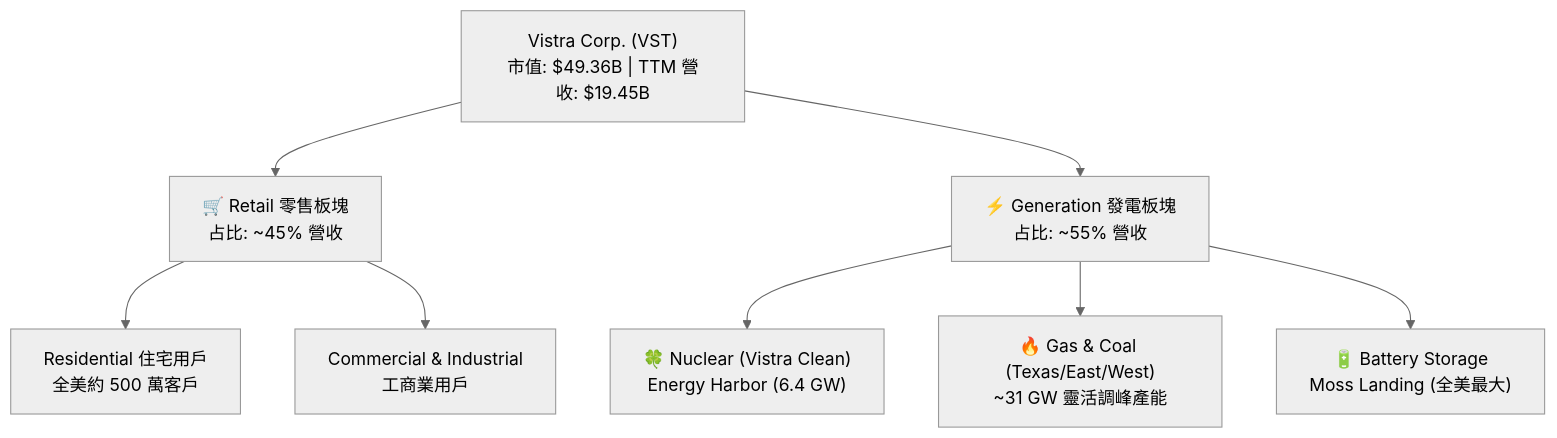
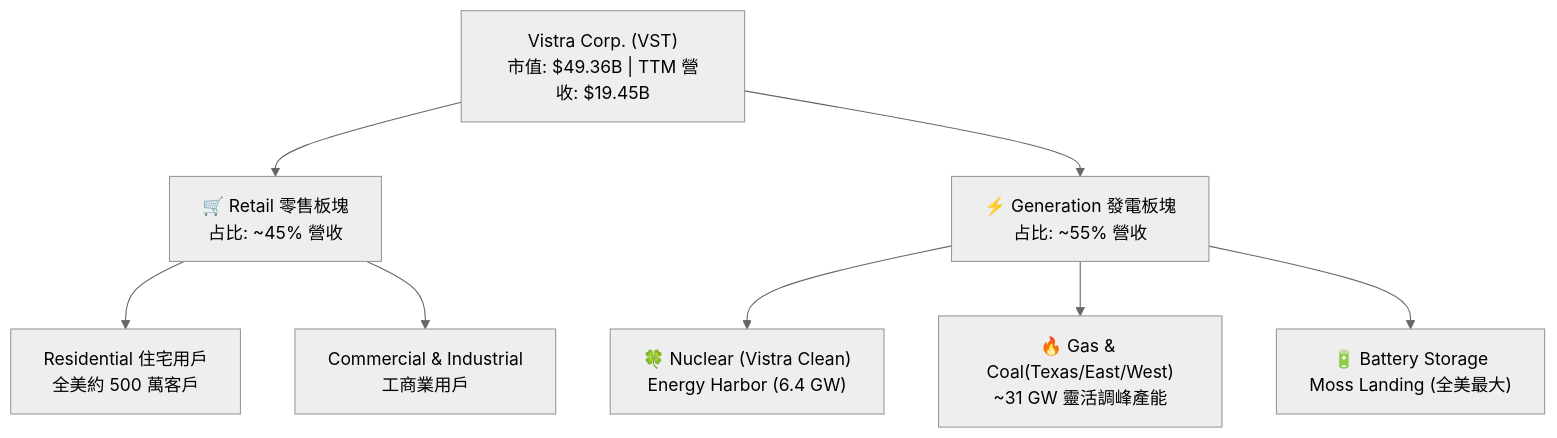
Before and after one commit to yennanliu/finance_data: the second of 4 diagrams in ai_gen_report/stock/vst/fundamental_analysis_2026-06-11_gemini.md, drawn with Mermaid (neutral theme). The commit also changed 2258 other files, not shown here.

First line of the commit message:
chore: backfill Mermaid syntax repair across existing reports

````diff
--- a/ai_gen_report/stock/vst/fundamental_analysis_2026-06-11_gemini.md
+++ b/ai_gen_report/stock/vst/fundamental_analysis_2026-06-11_gemini.md
@@ -131,24 +131,24 @@
 ```mermaid
 graph TD
     VST["Vistra Corp. (VST)<br/>市值: $49.36B | TTM 營收: $19.45B"]
 
     RETAIL["🛒 Retail 零售板塊<br/>占比: ~45% 營收"]
     GEN["⚡ Generation 發電板塊<br/>占比: ~55% 營收"]
 
     RETAIL_RES["Residential 住宅用戶<br/>全美約 500 萬客戶"]
     RETAIL_CI["Commercial & Industrial<br/>工商業用戶"]
 
     GEN_NUCLEAR["🍀 Nuclear (Vistra Clean)<br/>Energy Harbor (6.4 GW)"]
-    GEN_GAS["🔥 Gas & Coal (Texas/East/West)<br/>~31 GW 靈活調峰產能"]
+    GEN_GAS["🔥 Gas & Coal(Texas/East/West)<br/>~31 GW 靈活調峰產能"]
     GEN_BATTERY["🔋 Battery Storage<br/>Moss Landing (全美最大)"]
 
     VST --> RETAIL
     VST --> GEN
 
     RETAIL --> RETAIL_RES
     RETAIL --> RETAIL_CI
 
     GEN --> GEN_NUCLEAR
     GEN --> GEN_GAS
     GEN --> GEN_BATTERY
 ```
````
